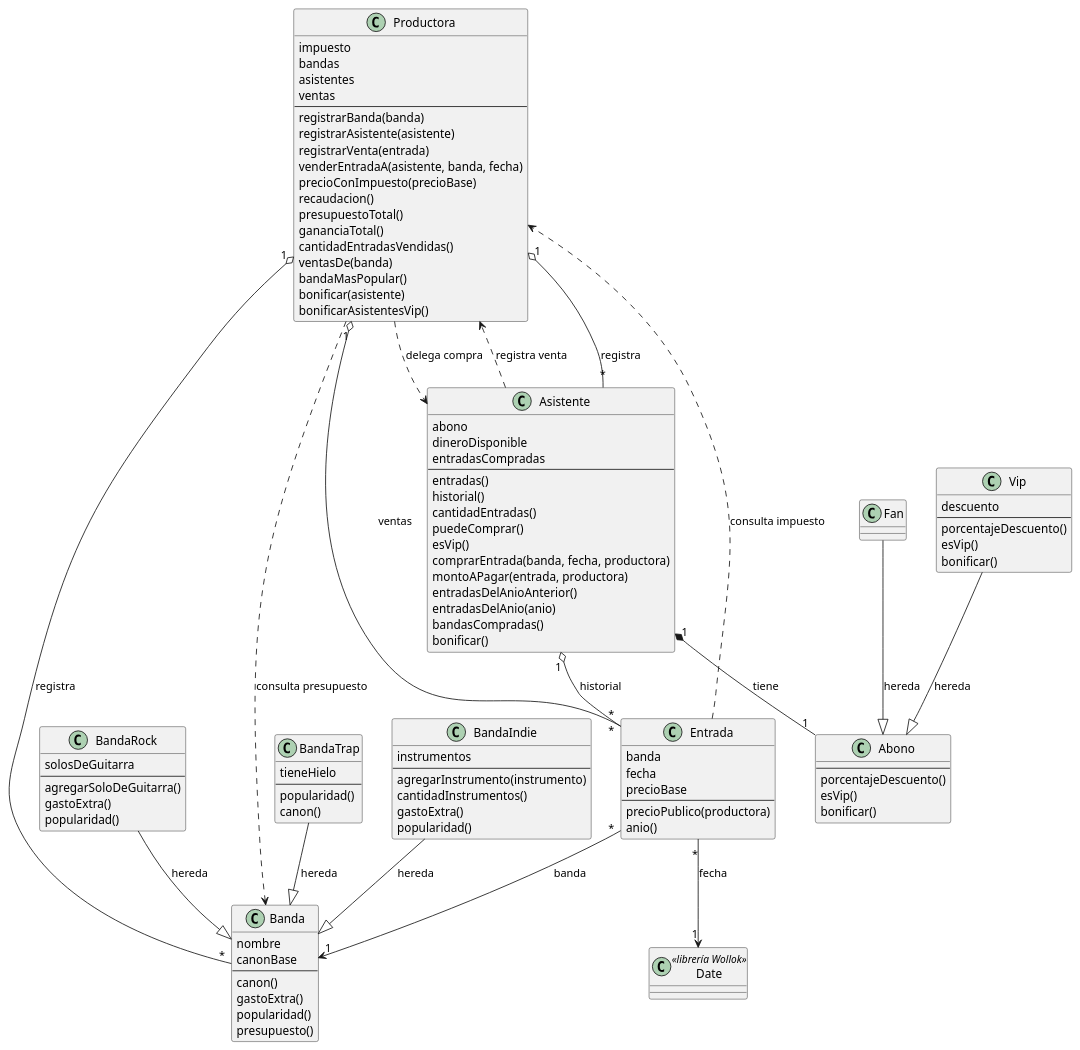
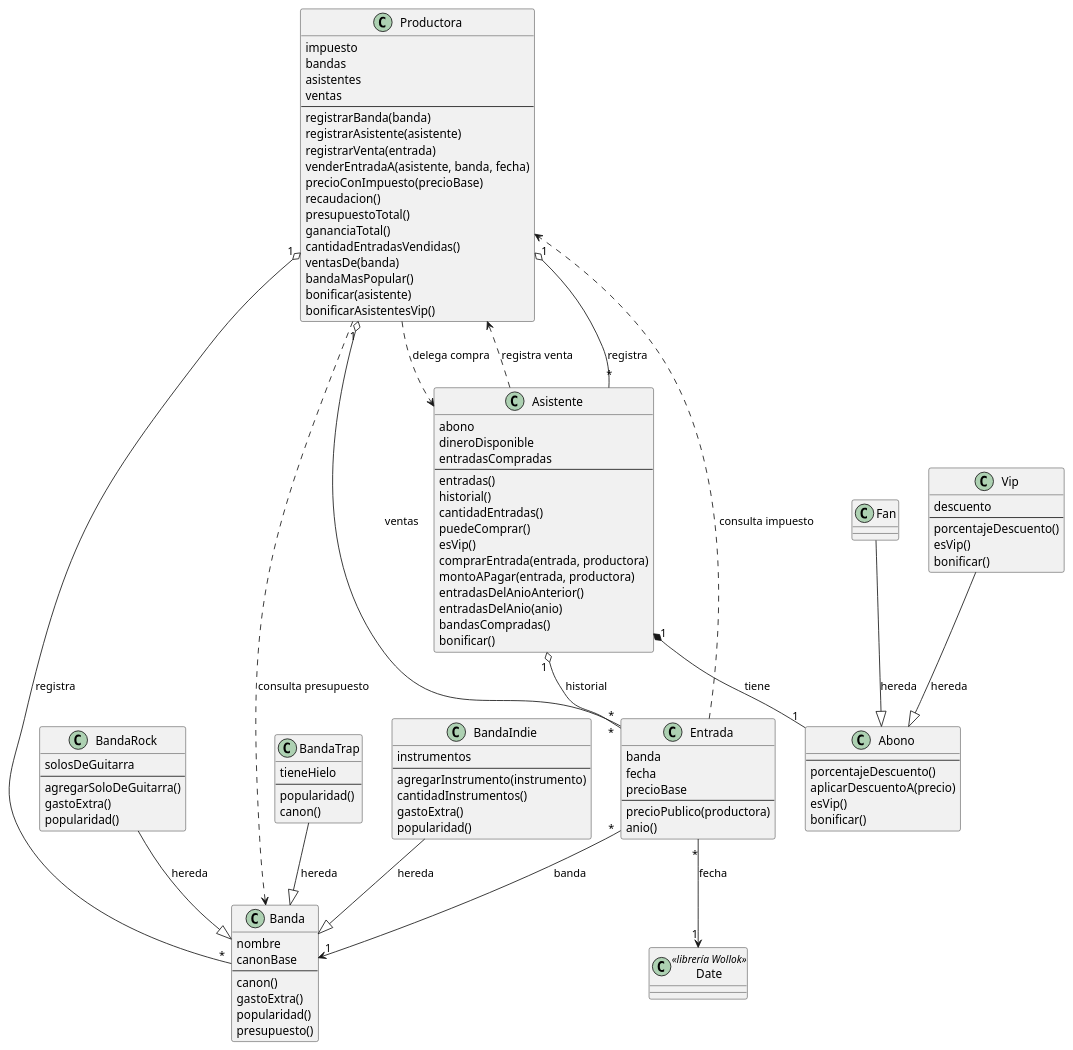
Before and after one commit to alvarezig/PDEP-Entertainment: the diagram in diagrama_solucion_Ignacio_Alvarez.puml, drawn with PlantUML. The commit also changed 5 other files, not shown here.

```diff
--- a/diagrama_solucion_Ignacio_Alvarez.puml
+++ b/diagrama_solucion_Ignacio_Alvarez.puml
@@ -1,124 +1,125 @@
 @startuml
 
 class Productora {
   impuesto
   bandas
   asistentes
   ventas
   --
   registrarBanda(banda)
   registrarAsistente(asistente)
   registrarVenta(entrada)
   venderEntradaA(asistente, banda, fecha)
   precioConImpuesto(precioBase)
   recaudacion()
   presupuestoTotal()
   gananciaTotal()
   cantidadEntradasVendidas()
   ventasDe(banda)
   bandaMasPopular()
   bonificar(asistente)
   bonificarAsistentesVip()
 }
 
 class Asistente {
   abono
   dineroDisponible
   entradasCompradas
   --
   entradas()
   historial()
   cantidadEntradas()
   puedeComprar()
   esVip()
-  comprarEntrada(banda, fecha, productora)
+  comprarEntrada(entrada, productora)
   montoAPagar(entrada, productora)
   entradasDelAnioAnterior()
   entradasDelAnio(anio)
   bandasCompradas()
   bonificar()
 }
 
 class Entrada {
   banda
   fecha
   precioBase
   --
   precioPublico(productora)
   anio()
 }
 
 class Banda {
   nombre
   canonBase
   --
   canon()
   gastoExtra()
   popularidad()
   presupuesto()
 }
 
 class BandaRock {
   solosDeGuitarra
   --
   agregarSoloDeGuitarra()
   gastoExtra()
   popularidad()
 }
 
 class BandaTrap {
   tieneHielo
   --
   popularidad()
   canon()
 }
 
 class BandaIndie {
   instrumentos
   --
   agregarInstrumento(instrumento)
   cantidadInstrumentos()
   gastoExtra()
   popularidad()
 }
 
 class Abono {
   --
   porcentajeDescuento()
+  aplicarDescuentoA(precio)
   esVip()
   bonificar()
 }
 
 class Fan
 
 class Vip {
   descuento
   --
   porcentajeDescuento()
   esVip()
   bonificar()
 }
 
 class Date <<librería Wollok>>
 
 Productora "1" o-- "*" Banda : registra
 Productora "1" o-- "*" Asistente : registra
 Productora "1" o-- "*" Entrada : ventas
 
 Asistente "1" *-- "1" Abono : tiene
 Asistente "1" o-- "*" Entrada : historial
 Entrada "*" --> "1" Banda : banda
 Entrada "*" --> "1" Date : fecha
 
 BandaRock --|> Banda : hereda
 BandaTrap --|> Banda : hereda
 BandaIndie --|> Banda : hereda
 Fan --|> Abono : hereda
 Vip --|> Abono : hereda
 
 Entrada ..> Productora : consulta impuesto
 Asistente ..> Productora : registra venta
 Productora ..> Asistente : delega compra
 Productora ..> Banda : consulta presupuesto
 
 @enduml
```
